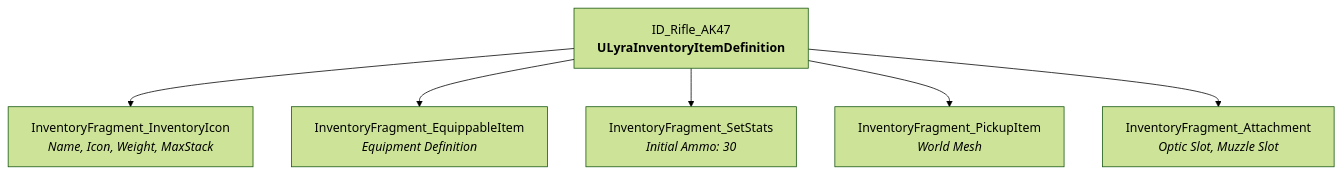
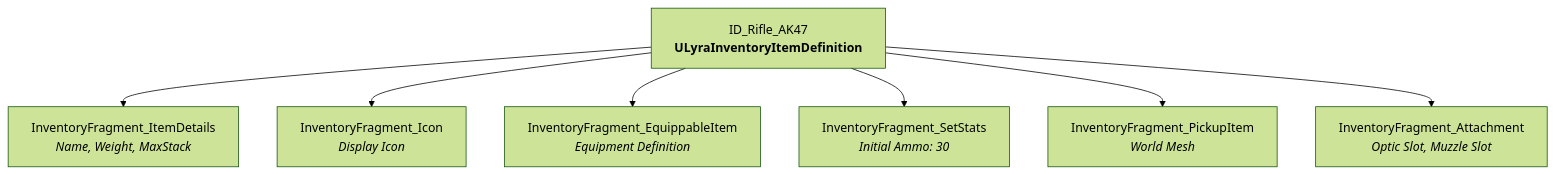
Before and after one commit to outliyr/outliyr-docs: the second of 2 diagrams in outliyr-framework/docs/base-lyra-modified/items/items-and-fragments/item-definition.md, drawn with Mermaid (forest theme). The commit also changed other lines of this file and 58 other files, not shown here.

````diff
--- a/outliyr-framework/docs/base-lyra-modified/items/items-and-fragments/item-definition.md
+++ b/outliyr-framework/docs/base-lyra-modified/items/items-and-fragments/item-definition.md
@@ -32,9 +32,10 @@
 ```mermaid
 flowchart TB
     ItemDef["ID_Rifle_AK47<br/><b>ULyraInventoryItemDefinition</b>"]
-    ItemDef --> F1["InventoryFragment_InventoryIcon<br/><i>Name, Icon, Weight, MaxStack</i>"]
-    ItemDef --> F2["InventoryFragment_EquippableItem<br/><i>Equipment Definition</i>"]
-    ItemDef --> F3["InventoryFragment_SetStats<br/><i>Initial Ammo: 30</i>"]
-    ItemDef --> F4["InventoryFragment_PickupItem<br/><i>World Mesh</i>"]
-    ItemDef --> F5["InventoryFragment_Attachment<br/><i>Optic Slot, Muzzle Slot</i>"]
+    ItemDef --> F1["InventoryFragment_ItemDetails<br/><i>Name, Weight, MaxStack</i>"]
+    ItemDef --> F2["InventoryFragment_Icon<br/><i>Display Icon</i>"]
+    ItemDef --> F3["InventoryFragment_EquippableItem<br/><i>Equipment Definition</i>"]
+    ItemDef --> F4["InventoryFragment_SetStats<br/><i>Initial Ammo: 30</i>"]
+    ItemDef --> F5["InventoryFragment_PickupItem<br/><i>World Mesh</i>"]
+    ItemDef --> F6["InventoryFragment_Attachment<br/><i>Optic Slot, Muzzle Slot</i>"]
 ```
````
